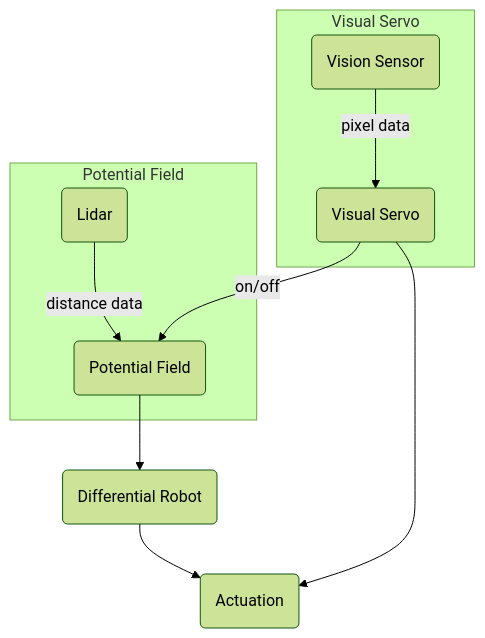
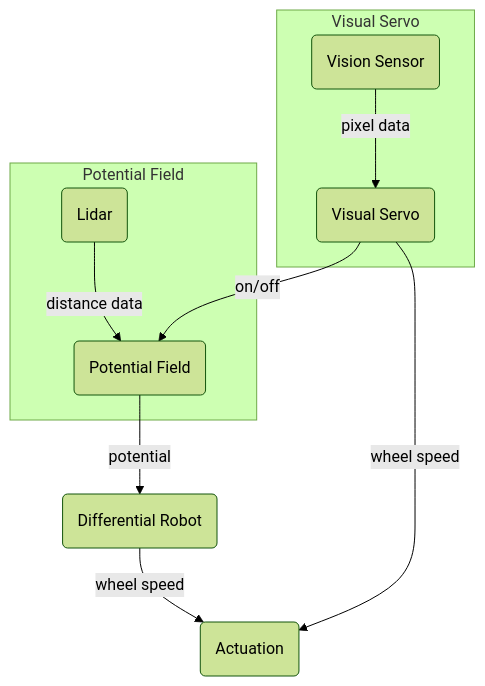
The diagram in README.md (kajin04/ECSE275_Group1), drawn with Mermaid (forest theme) before and after one commit. The commit also changed other lines of this file, not shown here.

````diff
--- a/README.md
+++ b/README.md
@@ -37,13 +62,13 @@
 ```mermaid
 graph TD
 subgraph Visual Servo
 A(Vision Sensor) -->|pixel data|B(Visual Servo)
 end
-    B --> C(Actuation)
-    D(Differential Robot) --> C
-    E --> D
+    B --> |wheel speed|C(Actuation)
+    D(Differential Robot) --> |wheel speed|C
+    E --> |potential|D
     subgraph Potential Field
     F(Lidar) --> |distance data|E
     B --> |on/off|E(Potential Field)
     end
 ```
````
